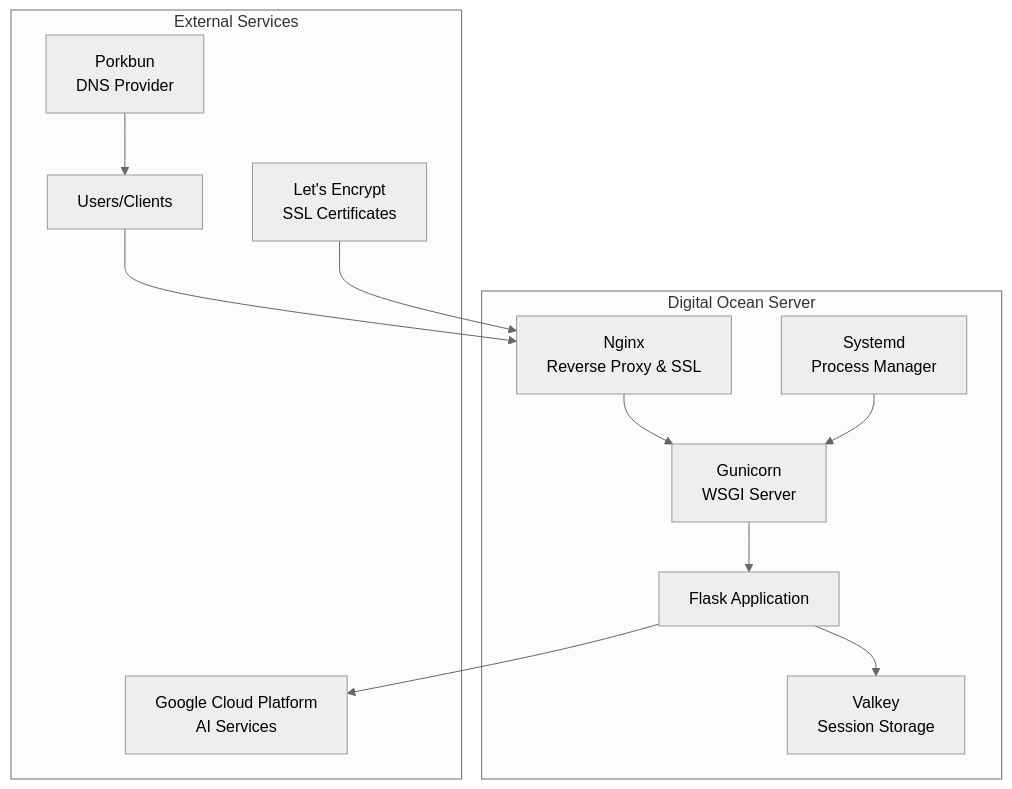
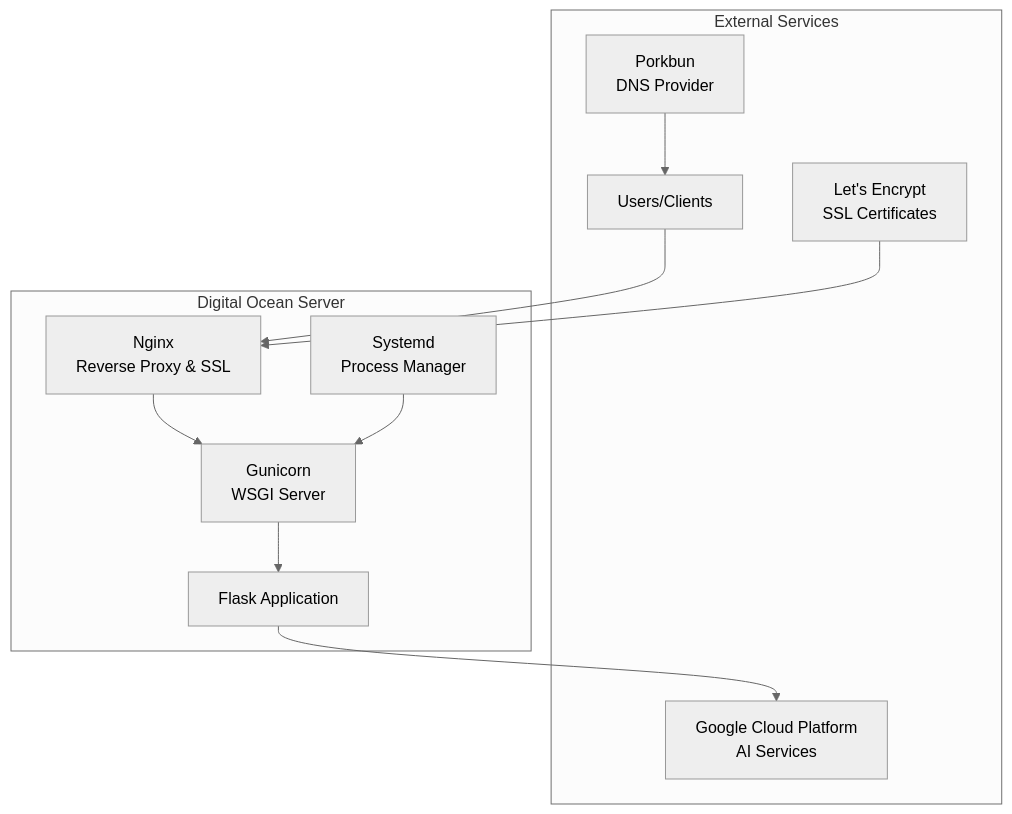
One commit to lee-coates/tenantfirstaid changed the eighth of 9 diagrams in Architecture.md. Above: the diagram before and after it, drawn with Mermaid (neutral theme). The commit also changed other lines of this file and 3 other files, not shown here.

````diff
--- a/Architecture.md
+++ b/Architecture.md
@@ -479,26 +469,24 @@
 ```mermaid
 graph TB
     subgraph "External Services"
         Users[Users/Clients]
         Certbot[Let's Encrypt<br/>SSL Certificates]
         Porkbun[Porkbun<br/>DNS Provider]
         GCP[Google Cloud Platform<br/>AI Services]
     end
     
     subgraph "Digital Ocean Server"
         Nginx[Nginx<br/>Reverse Proxy & SSL]
         Systemd[Systemd<br/>Process Manager]
         Gunicorn[Gunicorn<br/>WSGI Server]
         Flask[Flask Application]
-        Valkey[Valkey<br/>Session Storage]
     end
     
     Users --> Nginx
     Certbot --> Nginx
     Porkbun --> Users
     Nginx --> Gunicorn
     Systemd --> Gunicorn
     Gunicorn --> Flask
-    Flask --> Valkey
     Flask --> GCP
 ```
````
